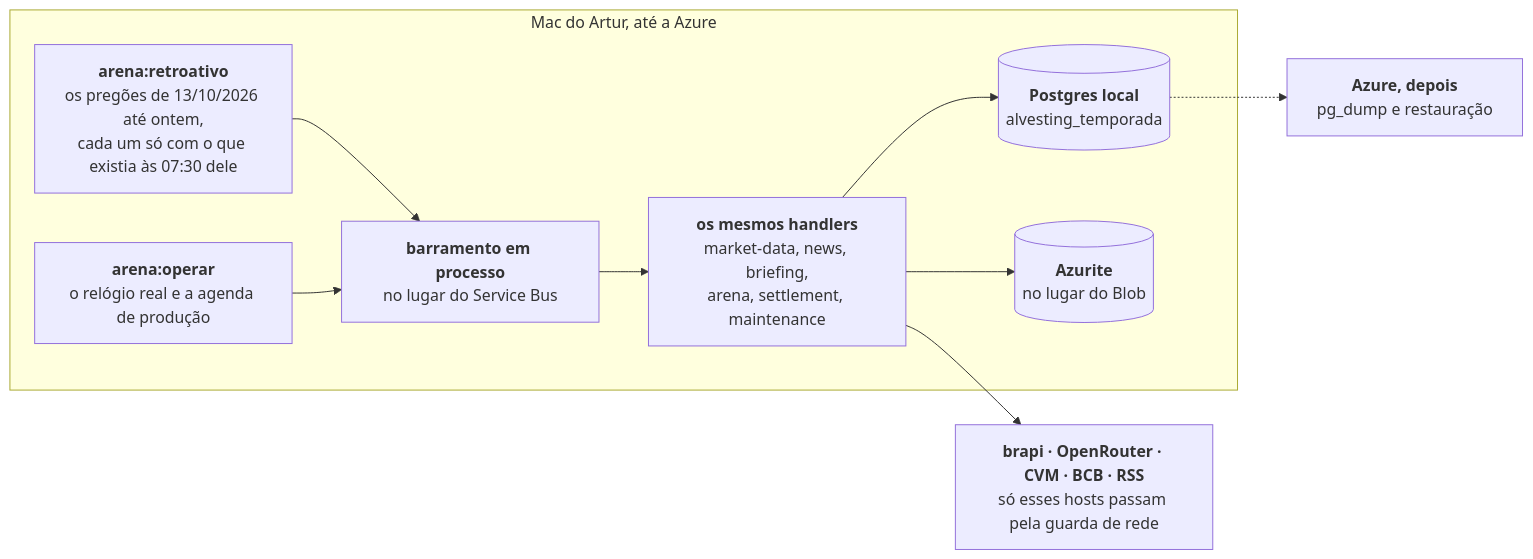
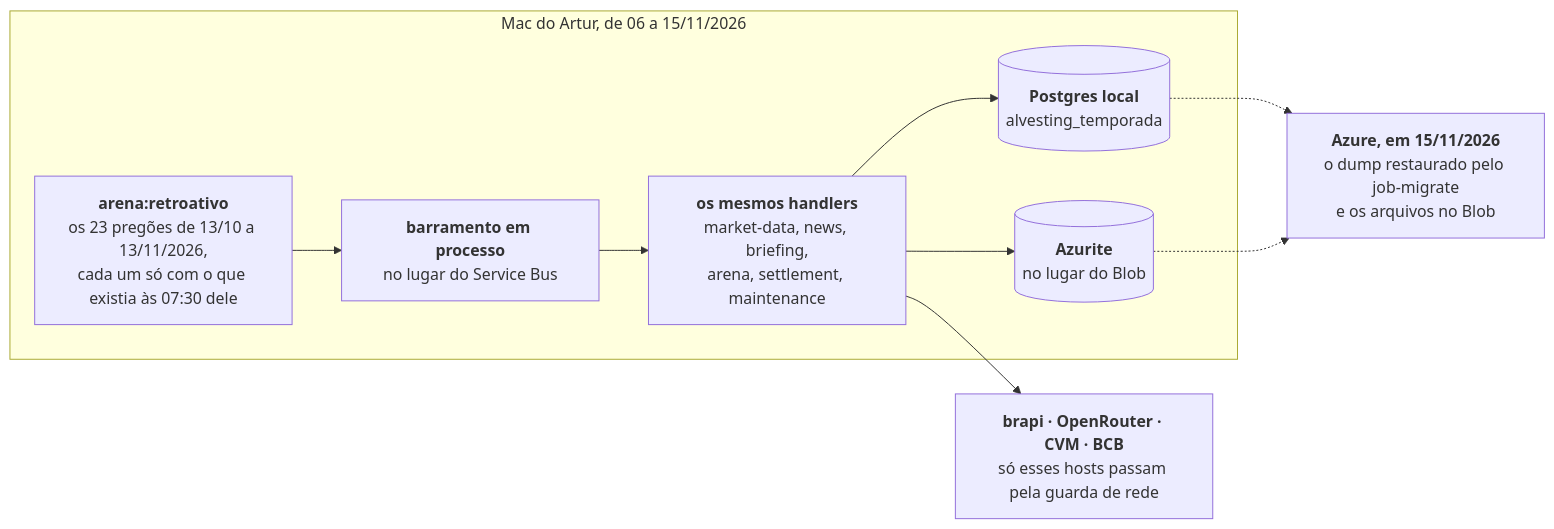
One commit to zanelladev/alvesting changed the seventh of 7 diagrams in docs/ARQUITETURA.md. Above: the diagram before and after it, drawn with Mermaid. The commit also changed other lines of this file and 2 other files, not shown here.

````diff
--- a/docs/ARQUITETURA.md
+++ b/docs/ARQUITETURA.md
@@ -342,21 +346,20 @@
 ```mermaid
 flowchart LR
-  subgraph mac["Mac do Artur, até a Azure"]
-    retro["<b>arena:retroativo</b><br/>os pregões de 13/10/2026 até ontem,<br/>cada um só com o que existia às 07:30 dele"]
-    operar["<b>arena:operar</b><br/>o relógio real e a agenda de produção"]
+  subgraph mac["Mac do Artur, de 06 a 15/11/2026"]
+    retro["<b>arena:retroativo</b><br/>os 23 pregões de 13/10 a 13/11/2026,<br/>cada um só com o que existia às 07:30 dele"]
     bus["<b>barramento em processo</b><br/>no lugar do Service Bus"]
     handlers["<b>os mesmos handlers</b><br/>market-data, news, briefing,<br/>arena, settlement, maintenance"]
     pg[("<b>Postgres local</b><br/>alvesting_temporada")]
     azurite[("<b>Azurite</b><br/>no lugar do Blob")]
   end
-  fontes["<b>brapi · OpenRouter · CVM · BCB · RSS</b><br/>só esses hosts passam pela guarda de rede"]
-  azure["<b>Azure, depois</b><br/>pg_dump e restauração"]
+  fontes["<b>brapi · OpenRouter · CVM · BCB</b><br/>só esses hosts passam pela guarda de rede"]
+  azure["<b>Azure, em 15/11/2026</b><br/>o dump restaurado pelo job-migrate<br/>e os arquivos no Blob"]
 
   retro --> bus
-  operar --> bus
   bus --> handlers
   handlers --> pg
   handlers --> azurite
   handlers --> fontes
   pg -.-> azure
+  azurite -.-> azure
 ```
````
